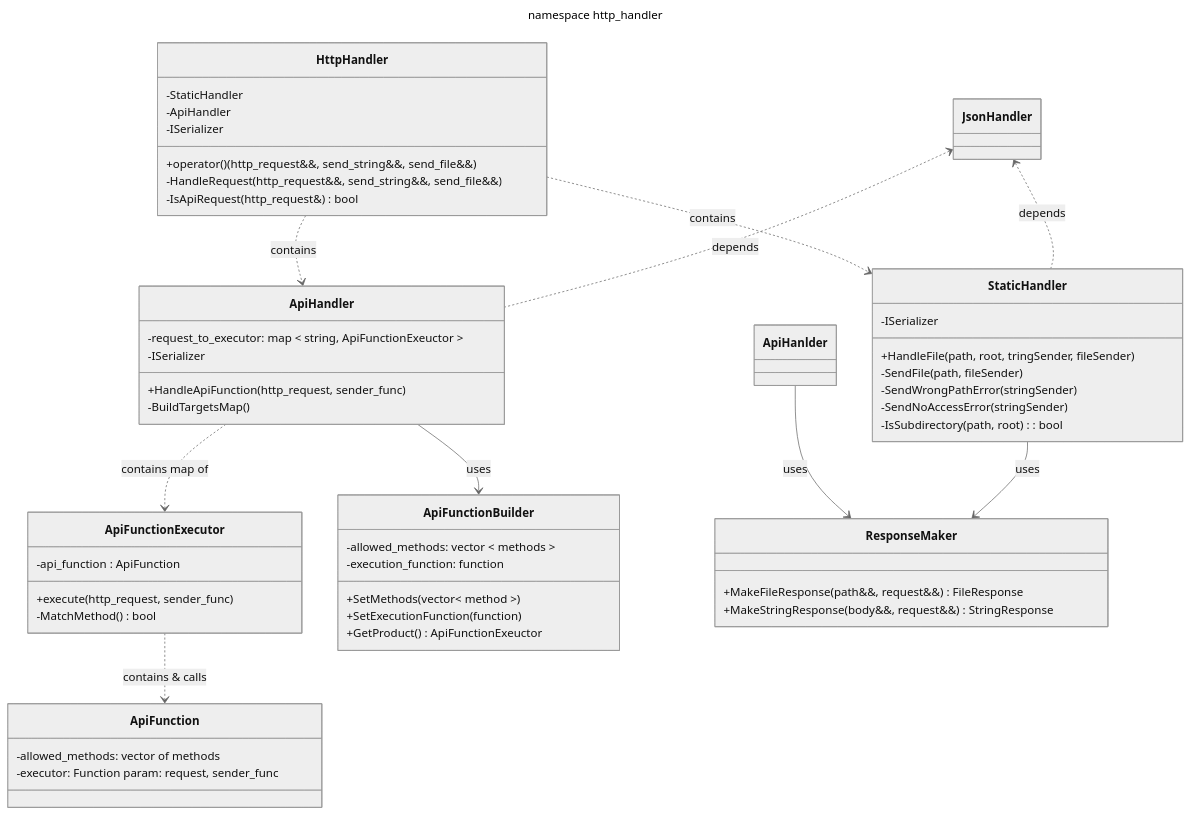
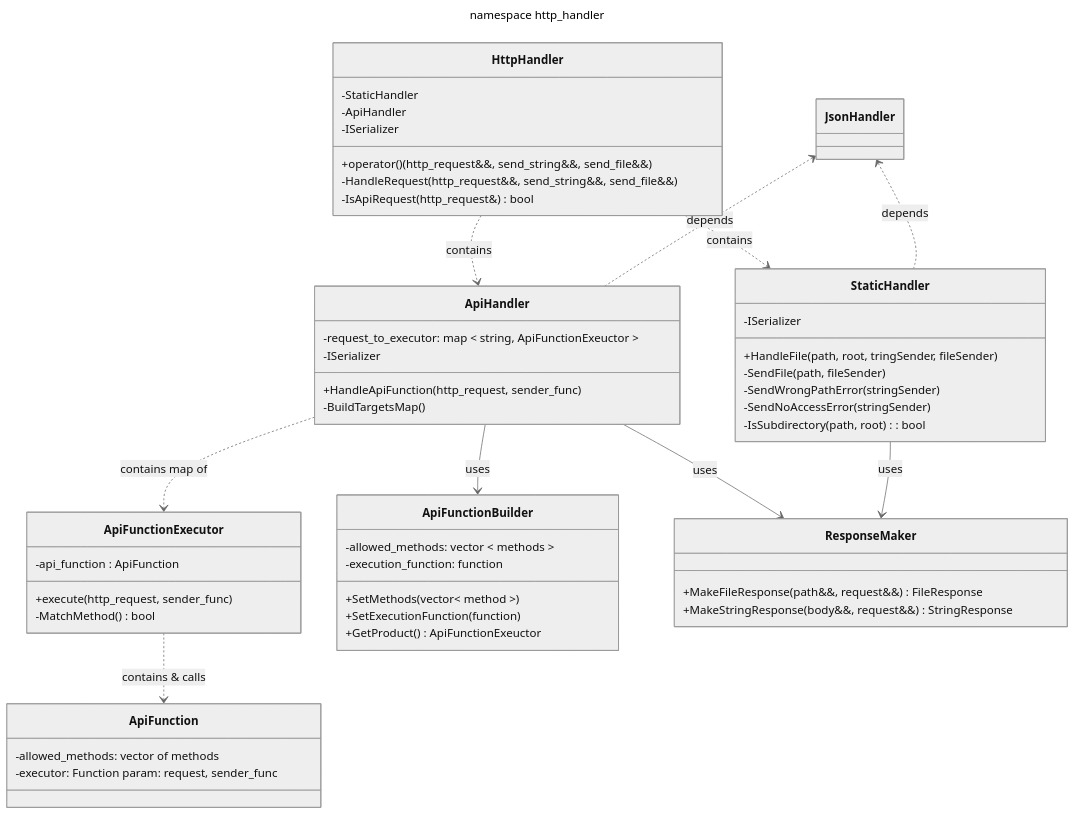
Before and after one commit to LeeDoor/game_webserver: the diagram in docs/http_handler.md, drawn with Mermaid (neutral theme).

Commit message:
wrong bukva

````diff
--- a/docs/http_handler.md
+++ b/docs/http_handler.md
@@ -18,70 +18,70 @@
 ```mermaid
 ---
 title: namespace http_handler
 ---
 classDiagram
     class HttpHandler {
         +operator() (http_request&&, send_string&&, send_file&&)
         -HandleRequest(http_request&&, send_string&&, send_file&&)
         -IsApiRequest(http_request&) bool
 
         -StaticHandler
         -ApiHandler
         -ISerializer
     }
 
     class ApiHandler {
         +HandleApiFunction(http_request, sender_func)
         -request_to_executor: map < string, ApiFunctionExeuctor >
         -BuildTargetsMap()
 
         -ISerializer
     }
 
     class StaticHandler {
         +HandleFile(path, root, tringSender, fileSender)
         -SendFile(path, fileSender)
         -SendWrongPathError(stringSender)
         -SendNoAccessError(stringSender)
         -IsSubdirectory(path, root): bool
 
         -ISerializer
         
     }
 
     class ApiFunction {
         -allowed_methods: vector of methods
         -executor: Function param: request, sender_func
     }
 
     class ApiFunctionExecutor {
         +execute(http_request, sender_func)
         -MatchMethod() bool
         -api_function : ApiFunction
     }
 
     class ApiFunctionBuilder {
         +SetMethods(vector< method >)
         +SetExecutionFunction(function)
         +GetProduct() ApiFunctionExeuctor
 
         -allowed_methods: vector < methods >
         -execution_function: function
     }
 
     class ResponseMaker {
         +MakeFileResponse(path&&, request&&) FileResponse
         +MakeStringResponse(body&&, request&&) StringResponse
     }
 
     class JsonHandler 
-    ApiHanlder --> ResponseMaker : uses
+    ApiHandler --> ResponseMaker : uses
     StaticHandler --> ResponseMaker : uses
     HttpHandler ..> ApiHandler : contains
     HttpHandler ..> StaticHandler : contains
     JsonHandler <.. ApiHandler : depends
     JsonHandler <.. StaticHandler :depends
     ApiHandler ..> ApiFunctionExecutor : contains map of
     ApiHandler --> ApiFunctionBuilder : uses
     ApiFunctionExecutor ..> ApiFunction : contains & calls
 ```
````
